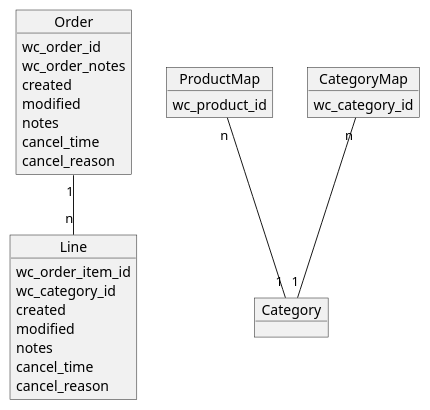
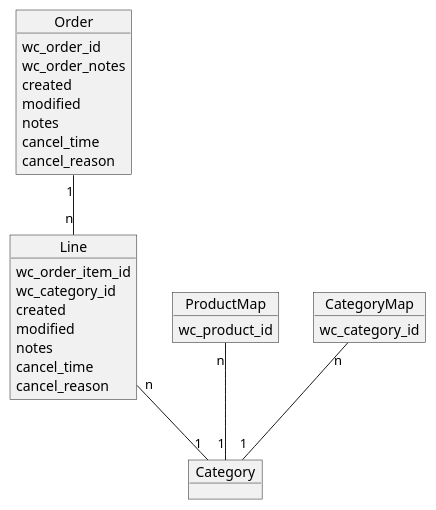
One commit to iriswm/iris changed the diagram in deps/iris_wc/docs/application.plantuml. Above: the diagram before and after it, drawn with PlantUML.

Commit message:
Add missing relation to Category in iris_wc docs

```diff
--- a/deps/iris_wc/docs/application.plantuml
+++ b/deps/iris_wc/docs/application.plantuml
@@ -1,69 +1,71 @@
 @startuml
 
 /'
 
 When an order is completed (or reaches a configured completion state) in a
 WooCommerce site, a plugin notifies the Iris site with the order details. This
 details are stored in the models `Order` and `Line`. Both models keep the
 corresponding Wordpress ids. Orders will keep a copy of the order notes in
 WooCommerce. Lines will also keep an identifier for the WooCommerce category.
 
 '/
 
 object Order
 object Line
 
 Order "1" -- "n" Line
 
 Order : wc_order_id
 Order : wc_order_notes
 
 Line : wc_order_item_id
 Line : wc_category_id
 
 /'
 
 Both models support Iris timestamps, notes and cancellations.
 
 The WooCommerce plugin will keep the notes updated.
 
 Cancellation of orders in the WooCommerce site will be notified by the plugin.
 Deletion of orders or lines will be notified to Iris as cancellations with a
 custom text like "Deleted in WooCommerce.".
 
 '/
 
 Order : created
 Order : modified
 Order : notes
 Order : cancel_time
 Order : cancel_reason
 Line : created
 Line : modified
 Line : notes
 Line : cancel_time
 Line : cancel_reason
 
 /'
 
 Two models will keep maps between WooCommerce IDs and Iris categories. One for
 individual WooCommerce products and another for the WooCommerce categories.
 
 When a new order is notified to Iris, each line will be inspected to find the
 Iris internal category with the set of associated tasks. First, the product ID
 maps will be checked, and then the category maps. Proper works will be created
 in Iris to represent them using this maps.
 
 '/
 
 object ProductMap
 object CategoryMap
 object Category
 
+Line "n" -- "1" Category
+
 ProductMap : wc_product_id
 ProductMap "n" -- "1" Category
 
 CategoryMap : wc_category_id
 CategoryMap "n" -- "1" Category
 
 @enduml
```
